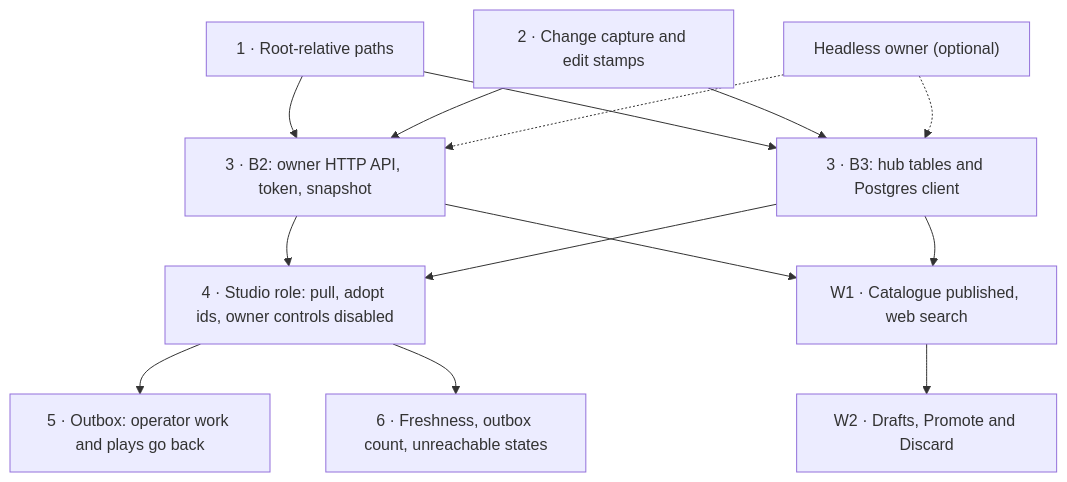
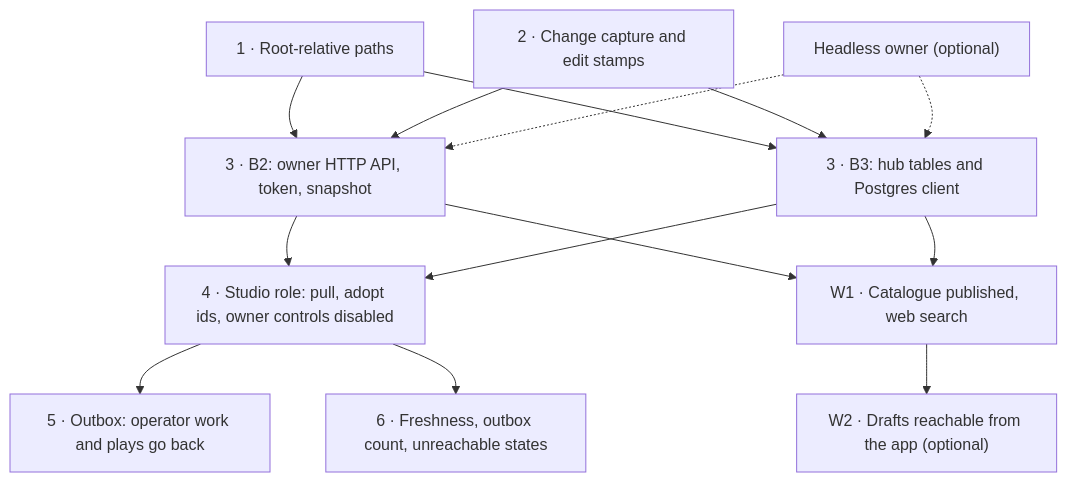
The fifth of 5 diagrams in docs/external-library.md (Arskah/radiodiodj), drawn with Mermaid before and after one commit. The commit also changed other lines of this file and 1 other file, not shown here.

````diff
--- a/docs/external-library.md
+++ b/docs/external-library.md
@@ -468,26 +458,26 @@
 ```mermaid
 flowchart TD
   I1["1 · Root-relative paths"]
   I2["2 · Change capture and edit stamps"]
   I3a["3 · B2: owner HTTP API, token, snapshot"]
   I3b["3 · B3: hub tables and Postgres client"]
   I4["4 · Studio role: pull, adopt ids, owner controls disabled"]
   I5["5 · Outbox: operator work and plays go back"]
   I6["6 · Freshness, outbox count, unreachable states"]
   H["Headless owner (optional)"]
   W1["W1 · Catalogue published, web search"]
-  W2["W2 · Drafts, Promote and Discard"]
+  W2["W2 · Drafts reachable from the app (optional)"]
   I1 --> I3a
   I1 --> I3b
   I2 --> I3a
   I2 --> I3b
   I3a --> I4
   I3b --> I4
   I4 --> I5
   I4 --> I6
   I3a --> W1
   I3b --> W1
   W1 --> W2
   H -.-> I3a
   H -.-> I3b
 ```
````
